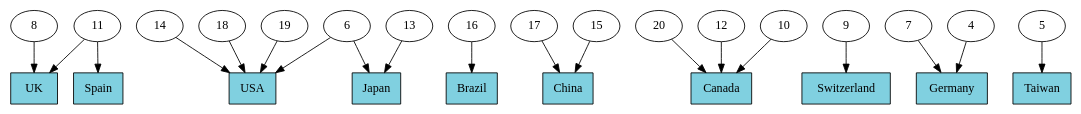
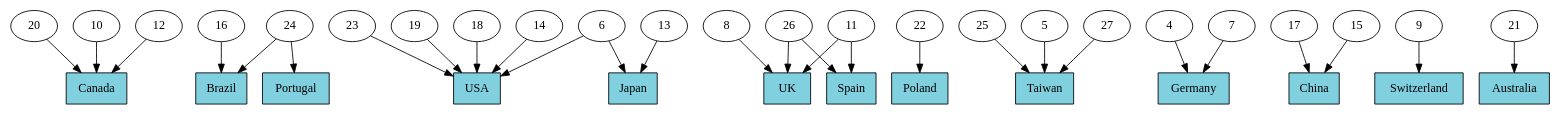
One commit to serviceprototypinglab/kubernetes-literature-dataset changed the diagram in graphs/sldgraph-country.dot. Above: the diagram before and after it, drawn with Graphviz. The commit also changed 22 other files, not shown here.

```diff
--- a/graphs/sldgraph-country.dot
+++ b/graphs/sldgraph-country.dot
@@ -1,49 +1,68 @@
 digraph sldgraph {
 overlap=false;
-_S18916 -> _S73176;
-_S54328 -> _S92725;
-_S55734 -> _S62108;
-_S94116 -> _S59418;
-_S46436 -> _S91193;
-_S60620 -> _S41482;
-_S11358 -> _S91193;
-_S41064 -> _S92725;
-_S87528 -> _S92725;
-_S87528 -> _S75959;
-_S23375 -> _S59391;
-_S54439 -> _S75959;
-_S44222 -> _S73552;
-_S44222 -> _S73176;
-_S64318 -> _S92725;
-_S32715 -> _S42368;
-_S66166 -> _S59391;
-_S59716 -> _S59418;
-_S15608 -> _S91193;
-_S41482 [label="Switzerland",shape=box,style=filled,fillcolor="#80d0e0"];
-_S11358 [label="12"];
-_S59391 [label="Germany",shape=box,style=filled,fillcolor="#80d0e0"];
-_S54439 [label="13"];
-_S94116 [label="17"];
-_S66166 [label="4"];
-_S60620 [label="9"];
-_S55734 [label="16"];
-_S59716 [label="15"];
-_S41064 [label="18"];
-_S59418 [label="China",shape=box,style=filled,fillcolor="#80d0e0"];
-_S44222 [label="11"];
-_S54328 [label="14"];
-_S73552 [label="Spain",shape=box,style=filled,fillcolor="#80d0e0"];
-_S73176 [label="UK",shape=box,style=filled,fillcolor="#80d0e0"];
-_S32715 [label="5"];
-_S42368 [label="Taiwan",shape=box,style=filled,fillcolor="#80d0e0"];
-_S46436 [label="20"];
-_S18916 [label="8"];
-_S23375 [label="7"];
-_S75959 [label="Japan",shape=box,style=filled,fillcolor="#80d0e0"];
-_S92725 [label="USA",shape=box,style=filled,fillcolor="#80d0e0"];
-_S15608 [label="10"];
-_S62108 [label="Brazil",shape=box,style=filled,fillcolor="#80d0e0"];
-_S87528 [label="6"];
-_S91193 [label="Canada",shape=box,style=filled,fillcolor="#80d0e0"];
-_S64318 [label="19"];
+_S41589 -> _S72303;
+_S69373 -> _S72303;
+_S86939 -> _S40447;
+_S86939 -> _S39605;
+_S78200 -> _S69957;
+_S20308 -> _S40447;
+_S56620 -> _S32937;
+_S34717 -> _S49679;
+_S45482 -> _S18762;
+_S45536 -> _S67306;
+_S19119 -> _S13976;
+_S73228 -> _S99222;
+_S30690 -> _S18762;
+_S82853 -> _S69957;
+_S72204 -> _S99222;
+_S93113 -> _S58636;
+_S93113 -> _S32937;
+_S21060 -> _S69957;
+_S71523 -> _S67306;
+_S93135 -> _S87441;
+_S33598 -> _S32937;
+_S33598 -> _S58636;
+_S12769 -> _S72303;
+_S82693 -> _S69957;
+_S19412 -> _S81444;
+_S18949 -> _S18762;
+_S64859 -> _S69957;
+_S64859 -> _S13976;
+_S58636 [label="Spain",shape=box,style=filled,fillcolor="#80d0e0"];
+_S45536 [label="4"];
+_S19119 [label="13"];
+_S72303 [label="Canada",shape=box,style=filled,fillcolor="#80d0e0"];
+_S64859 [label="6"];
+_S82853 [label="19"];
+_S30690 [label="5"];
+_S21060 [label="18"];
+_S32937 [label="UK",shape=box,style=filled,fillcolor="#80d0e0"];
+_S18949 [label="27"];
+_S19412 [label="21"];
+_S81444 [label="Australia",shape=box,style=filled,fillcolor="#80d0e0"];
+_S40447 [label="Brazil",shape=box,style=filled,fillcolor="#80d0e0"];
+_S82693 [label="14"];
+_S39605 [label="Portugal",shape=box,style=filled,fillcolor="#80d0e0"];
+_S69373 [label="10"];
+_S20308 [label="16"];
+_S78200 [label="23"];
+_S71523 [label="7"];
+_S34717 [label="22"];
+_S41589 [label="20"];
+_S18762 [label="Taiwan",shape=box,style=filled,fillcolor="#80d0e0"];
+_S93113 [label="11"];
+_S73228 [label="17"];
+_S99222 [label="China",shape=box,style=filled,fillcolor="#80d0e0"];
+_S56620 [label="8"];
+_S13976 [label="Japan",shape=box,style=filled,fillcolor="#80d0e0"];
+_S69957 [label="USA",shape=box,style=filled,fillcolor="#80d0e0"];
+_S87441 [label="Switzerland",shape=box,style=filled,fillcolor="#80d0e0"];
+_S12769 [label="12"];
+_S72204 [label="15"];
+_S93135 [label="9"];
+_S67306 [label="Germany",shape=box,style=filled,fillcolor="#80d0e0"];
+_S45482 [label="25"];
+_S33598 [label="26"];
+_S49679 [label="Poland",shape=box,style=filled,fillcolor="#80d0e0"];
+_S86939 [label="24"];
 }
```
